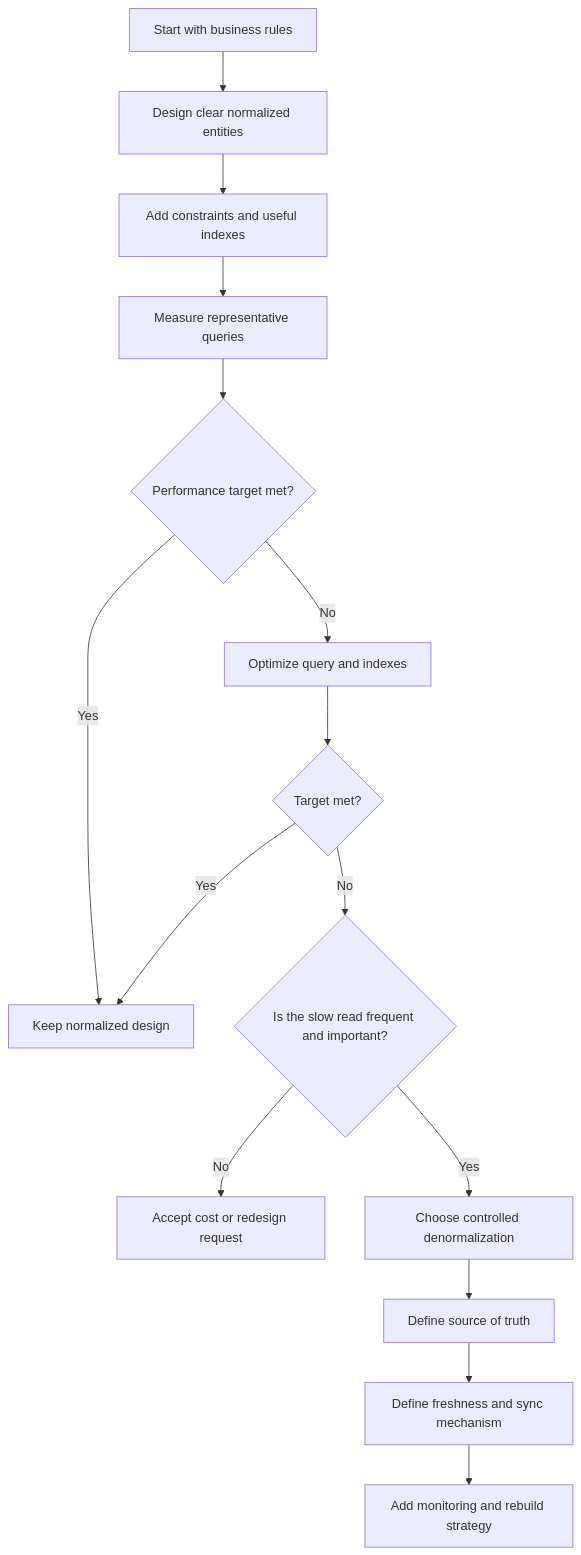
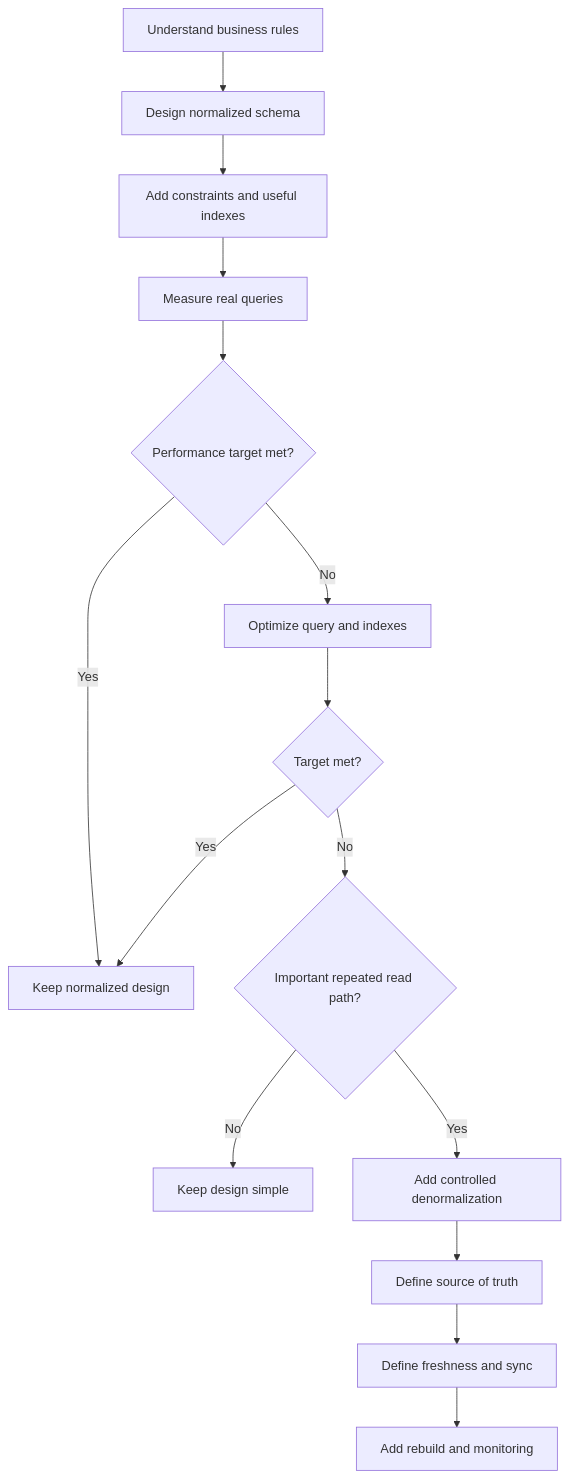
Before and after one commit to AvadhBhalodiya/Interview-Preparation: the third of 3 diagrams in src/content/databases/normalization-denormalization.md, drawn with Mermaid. The commit also changed other lines of this file and 80 other files, not shown here.

````diff
--- a/src/content/databases/normalization-denormalization.md
+++ b/src/content/databases/normalization-denormalization.md
@@ -1356,17 +602,21 @@
 ```mermaid
 flowchart TD
-    A[Start with business rules] --> B[Design clear normalized entities]
+    A[Understand business rules] --> B[Design normalized schema]
     B --> C[Add constraints and useful indexes]
-    C --> D[Measure representative queries]
+    C --> D[Measure real queries]
     D --> E{Performance target met?}
+
     E -->|Yes| F[Keep normalized design]
     E -->|No| G[Optimize query and indexes]
+
     G --> H{Target met?}
     H -->|Yes| F
-    H -->|No| I{Is the slow read frequent and important?}
-    I -->|No| J[Accept cost or redesign request]
-    I -->|Yes| K[Choose controlled denormalization]
+    H -->|No| I{Important repeated read path?}
+
+    I -->|No| J[Keep design simple]
+    I -->|Yes| K[Add controlled denormalization]
+
     K --> L[Define source of truth]
-    L --> M[Define freshness and sync mechanism]
-    M --> N[Add monitoring and rebuild strategy]
+    L --> M[Define freshness and sync]
+    M --> N[Add rebuild and monitoring]
 ```
````
